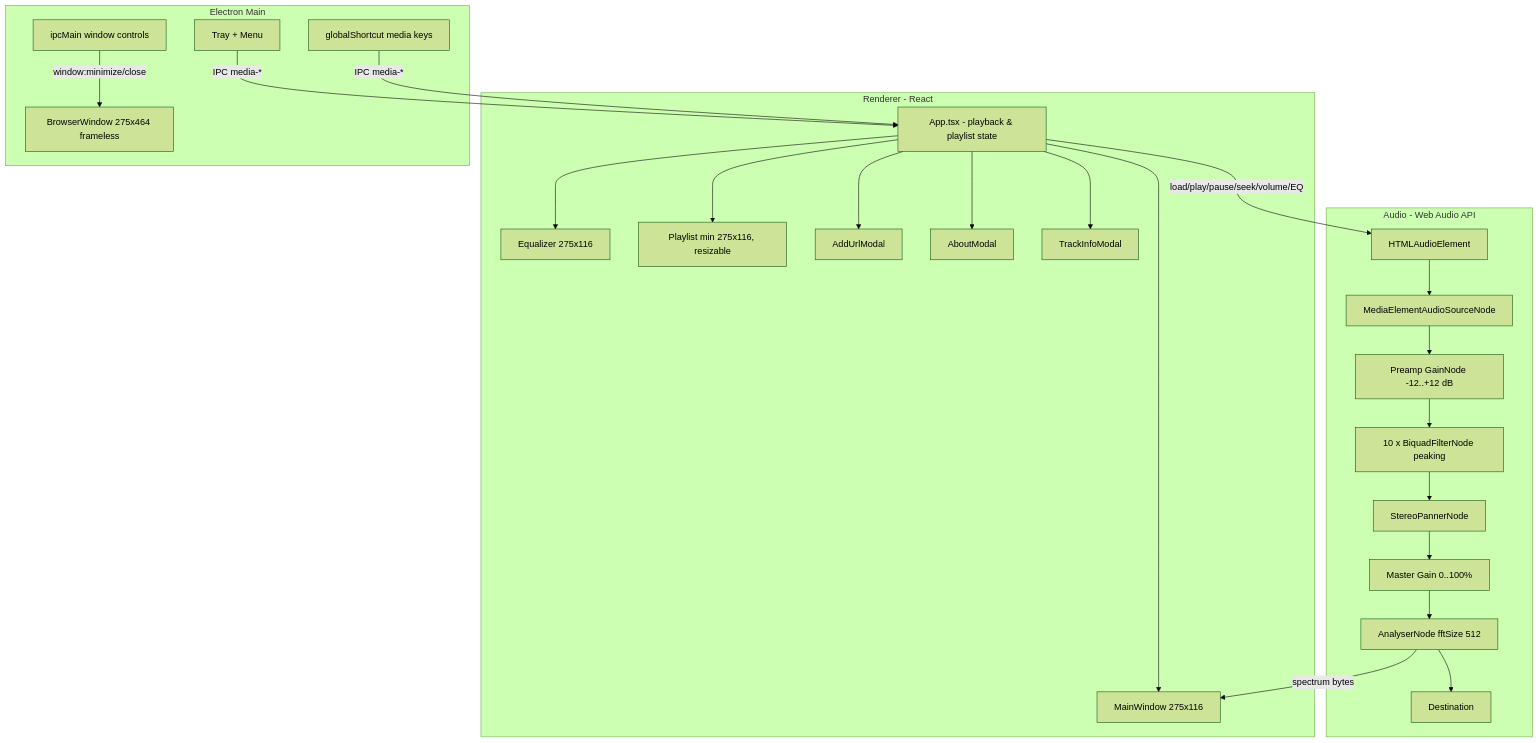
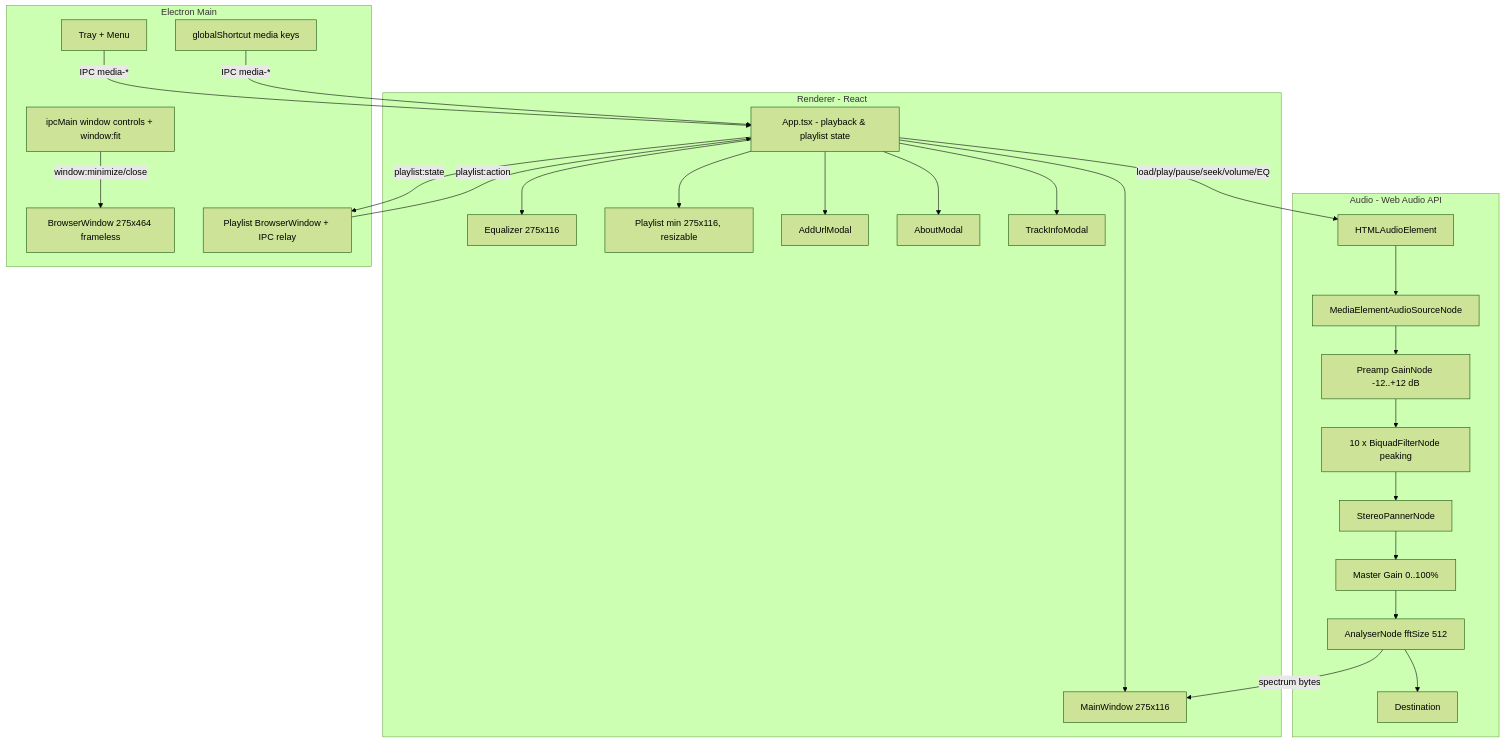
Before and after one commit to idriskatar/WinAMP-retro-player: the diagram in docs/ARCHITECTURE.md, drawn with Mermaid (forest theme). The commit also changed other lines of this file and 12 other files, not shown here.

First line of the commit message:
Lock the window to the panels and add a detachable playlist

````diff
--- a/docs/ARCHITECTURE.md
+++ b/docs/ARCHITECTURE.md
@@ -9,43 +9,46 @@
 ```mermaid
 graph TD
     subgraph Renderer - React
         App[App.tsx - playback & playlist state]
         MW[MainWindow 275x116]
         EQ[Equalizer 275x116]
         PL[Playlist min 275x116, resizable]
         URL[AddUrlModal]
         About[AboutModal]
         Info[TrackInfoModal]
     end
 
     subgraph Audio - Web Audio API
         El[HTMLAudioElement]
         Src[MediaElementAudioSourceNode]
         Pre[Preamp GainNode -12..+12 dB]
         Bands[10 x BiquadFilterNode peaking]
         Pan[StereoPannerNode]
         Master[Master Gain 0..100%]
         An[AnalyserNode fftSize 512]
         Out[Destination]
     end
 
     subgraph Electron Main
         Win[BrowserWindow 275x464 frameless]
+        PLWin[Playlist BrowserWindow + IPC relay]
         Tray[Tray + Menu]
         Keys[globalShortcut media keys]
-        IPC[ipcMain window controls]
+        IPC[ipcMain window controls + window:fit]
     end
 
     App --> MW
     App --> EQ
     App --> PL
     App --> URL
     App --> About
     App --> Info
     App -- load/play/pause/seek/volume/EQ --> El
     El --> Src --> Pre --> Bands --> Pan --> Master --> An --> Out
     An -- spectrum bytes --> MW
     Tray -- IPC media-* --> App
     Keys -- IPC media-* --> App
     IPC -- window:minimize/close --> Win
+    App -- playlist:state --> PLWin
+    PLWin -- playlist:action --> App
 ```
````
